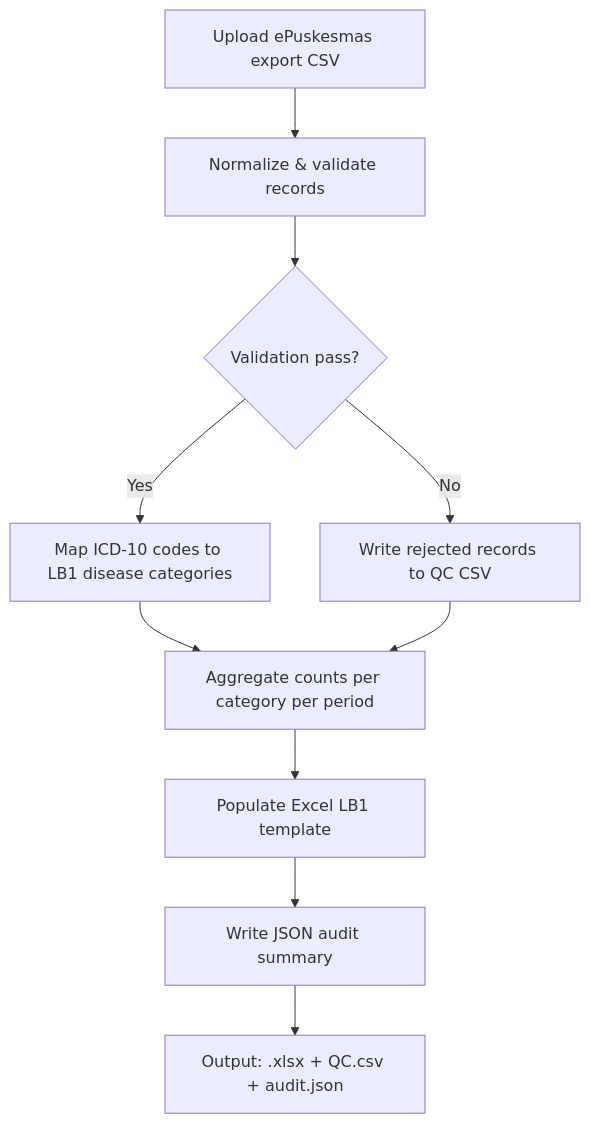
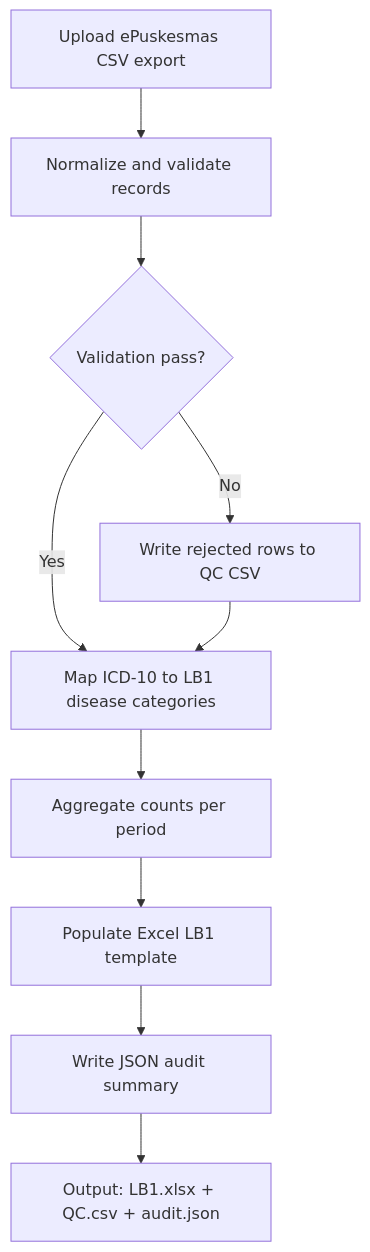
Before and after one commit to Avvicenna/intelligenceboard: the third of 18 diagrams in README.md, drawn with Mermaid. The commit also changed other lines of this file, not shown here.

````diff
--- a/README.md
+++ b/README.md
@@ -510,12 +262,12 @@
 ```mermaid
 flowchart TD
-    A[Upload ePuskesmas export CSV] --> B[Normalize & validate records]
+    A[Upload ePuskesmas CSV export] --> B[Normalize and validate records]
     B --> C{Validation pass?}
-    C -- No --> D[Write rejected records to QC CSV]
-    C -- Yes --> E[Map ICD-10 codes to LB1 disease categories]
-    E --> F[Aggregate counts per category per period]
+    C -- No --> D[Write rejected rows to QC CSV]
+    C -- Yes --> E[Map ICD-10 to LB1 disease categories]
+    D --> E
+    E --> F[Aggregate counts per period]
     F --> G[Populate Excel LB1 template]
     G --> H[Write JSON audit summary]
-    H --> I[Output: .xlsx + QC.csv + audit.json]
-    D --> F
+    H --> I[Output: LB1.xlsx + QC.csv + audit.json]
 ```
````
